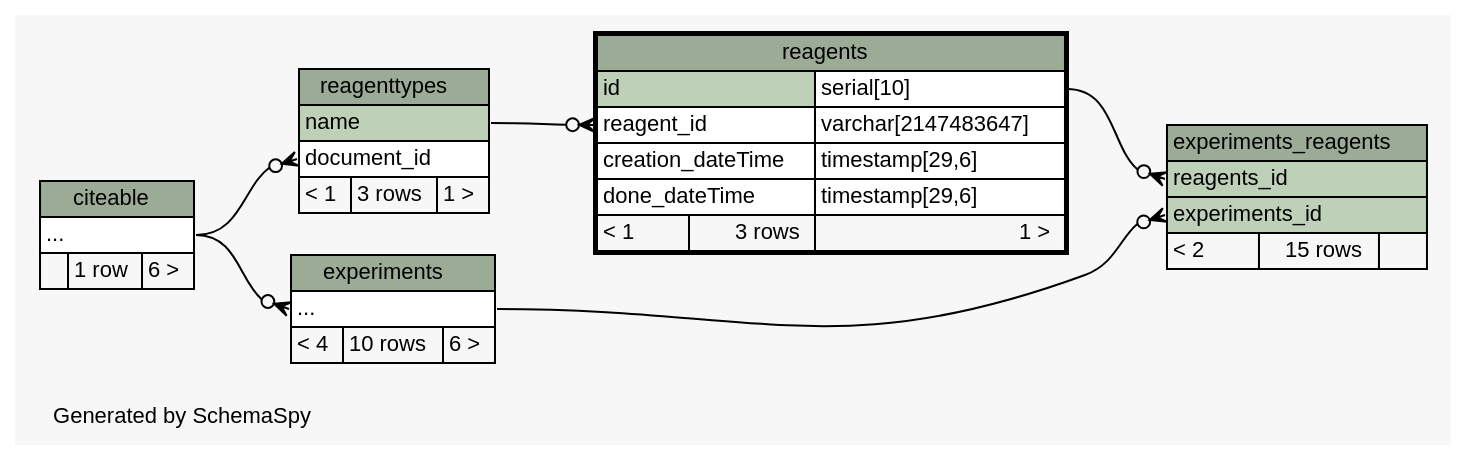
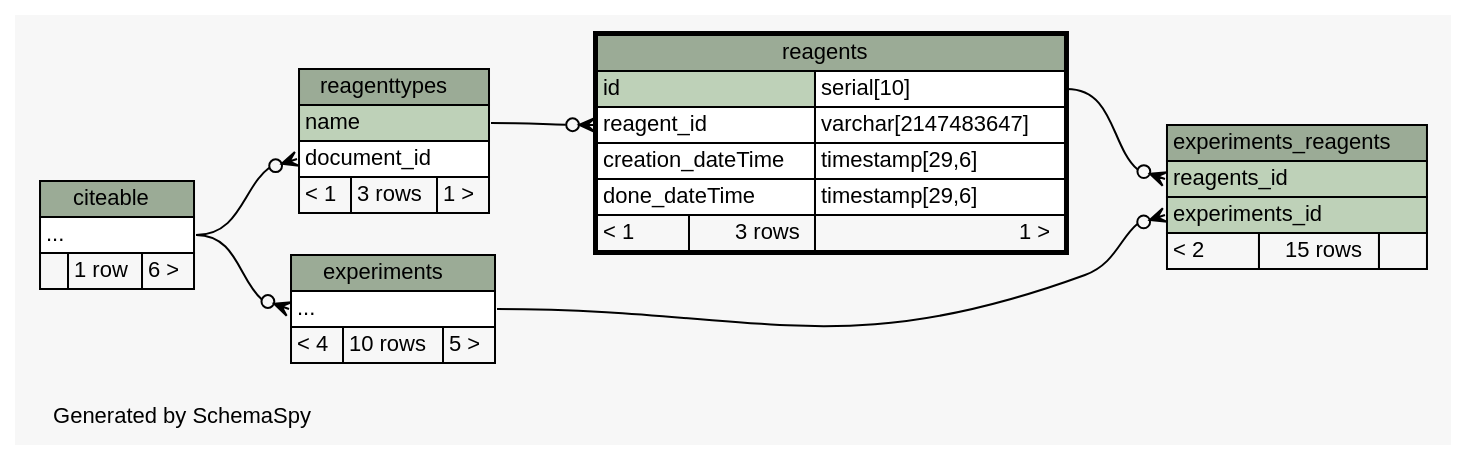
The diagram in database/ss/diagrams/reagents.2degrees.dot (tgbugs/mlab), drawn with Graphviz before and after one commit. The commit also changed 292 other files, not shown here.

```diff
--- a/database/ss/diagrams/reagents.2degrees.dot
+++ b/database/ss/diagrams/reagents.2degrees.dot
@@ -1,82 +1,82 @@
-// dot 2.32.0 on Windows 7 6.1
+// dot 2.34.0 on Windows 7 6.1
 // SchemaSpy rev 590
 digraph "twoDegreesRelationshipsDiagram" {
   graph [
     rankdir="RL"
     bgcolor="#f7f7f7"
     label="\nGenerated by SchemaSpy"
     labeljust="l"
     nodesep="0.18"
     ranksep="0.46"
     fontname="Helvetica"
     fontsize="11"
   ];
   node [
     fontname="Helvetica"
     fontsize="11"
     shape="plaintext"
   ];
   edge [
     arrowsize="0.8"
   ];
   "experiments":"elipses":w -> "citeable":"elipses":e [arrowhead=none dir=back arrowtail=crowodot];
   "experiments_reagents":"experiments_id":w -> "experiments":"elipses":e [arrowhead=none dir=back arrowtail=crowodot];
   "experiments_reagents":"reagents_id":w -> "reagents":"id.type":e [arrowhead=none dir=back arrowtail=crowodot];
   "reagents":"reagent_id":w -> "reagenttypes":"name":e [arrowhead=none dir=back arrowtail=crowodot];
   "reagenttypes":"document_id":w -> "citeable":"elipses":e [arrowhead=none dir=back arrowtail=crowodot];
   "citeable" [
     label=<
     <TABLE BORDER="0" CELLBORDER="1" CELLSPACING="0" BGCOLOR="#ffffff">
       <TR><TD COLSPAN="3" BGCOLOR="#9bab96" ALIGN="CENTER">citeable</TD></TR>
       <TR><TD PORT="elipses" COLSPAN="3" ALIGN="LEFT">...</TD></TR>
       <TR><TD ALIGN="LEFT" BGCOLOR="#f7f7f7">  </TD><TD ALIGN="RIGHT" BGCOLOR="#f7f7f7">1 row</TD><TD ALIGN="RIGHT" BGCOLOR="#f7f7f7">6 &gt;</TD></TR>
     </TABLE>>
     URL="citeable.html"
     tooltip="citeable"
   ];
   "experiments" [
     label=<
     <TABLE BORDER="0" CELLBORDER="1" CELLSPACING="0" BGCOLOR="#ffffff">
       <TR><TD COLSPAN="3" BGCOLOR="#9bab96" ALIGN="CENTER">experiments</TD></TR>
       <TR><TD PORT="elipses" COLSPAN="3" ALIGN="LEFT">...</TD></TR>
-      <TR><TD ALIGN="LEFT" BGCOLOR="#f7f7f7">&lt; 4</TD><TD ALIGN="RIGHT" BGCOLOR="#f7f7f7">10 rows</TD><TD ALIGN="RIGHT" BGCOLOR="#f7f7f7">6 &gt;</TD></TR>
+      <TR><TD ALIGN="LEFT" BGCOLOR="#f7f7f7">&lt; 4</TD><TD ALIGN="RIGHT" BGCOLOR="#f7f7f7">10 rows</TD><TD ALIGN="RIGHT" BGCOLOR="#f7f7f7">5 &gt;</TD></TR>
     </TABLE>>
     URL="experiments.html"
     tooltip="experiments"
   ];
   "experiments_reagents" [
     label=<
     <TABLE BORDER="0" CELLBORDER="1" CELLSPACING="0" BGCOLOR="#ffffff">
       <TR><TD COLSPAN="3" BGCOLOR="#9bab96" ALIGN="CENTER">experiments_reagents</TD></TR>
       <TR><TD PORT="reagents_id" COLSPAN="3" BGCOLOR="#bed1b8" ALIGN="LEFT">reagents_id</TD></TR>
       <TR><TD PORT="experiments_id" COLSPAN="3" BGCOLOR="#bed1b8" ALIGN="LEFT">experiments_id</TD></TR>
       <TR><TD ALIGN="LEFT" BGCOLOR="#f7f7f7">&lt; 2</TD><TD ALIGN="RIGHT" BGCOLOR="#f7f7f7">15 rows</TD><TD ALIGN="RIGHT" BGCOLOR="#f7f7f7">  </TD></TR>
     </TABLE>>
     URL="experiments_reagents.html"
     tooltip="experiments_reagents"
   ];
   "reagents" [
     label=<
     <TABLE BORDER="2" CELLBORDER="1" CELLSPACING="0" BGCOLOR="#ffffff">
       <TR><TD COLSPAN="3" BGCOLOR="#9bab96" ALIGN="CENTER">reagents</TD></TR>
       <TR><TD PORT="id" COLSPAN="2" BGCOLOR="#bed1b8" ALIGN="LEFT">id</TD><TD PORT="id.type" ALIGN="LEFT">serial[10]</TD></TR>
       <TR><TD PORT="reagent_id" COLSPAN="2" ALIGN="LEFT">reagent_id</TD><TD PORT="reagent_id.type" ALIGN="LEFT">varchar[2147483647]</TD></TR>
       <TR><TD PORT="creation_dateTime" COLSPAN="2" ALIGN="LEFT">creation_dateTime</TD><TD PORT="creation_dateTime.type" ALIGN="LEFT">timestamp[29,6]</TD></TR>
       <TR><TD PORT="done_dateTime" COLSPAN="2" ALIGN="LEFT">done_dateTime</TD><TD PORT="done_dateTime.type" ALIGN="LEFT">timestamp[29,6]</TD></TR>
       <TR><TD ALIGN="LEFT" BGCOLOR="#f7f7f7">&lt; 1</TD><TD ALIGN="RIGHT" BGCOLOR="#f7f7f7">3 rows</TD><TD ALIGN="RIGHT" BGCOLOR="#f7f7f7">1 &gt;</TD></TR>
     </TABLE>>
     URL="reagents.html"
     tooltip="reagents"
   ];
   "reagenttypes" [
     label=<
     <TABLE BORDER="0" CELLBORDER="1" CELLSPACING="0" BGCOLOR="#ffffff">
       <TR><TD COLSPAN="3" BGCOLOR="#9bab96" ALIGN="CENTER">reagenttypes</TD></TR>
       <TR><TD PORT="name" COLSPAN="3" BGCOLOR="#bed1b8" ALIGN="LEFT">name</TD></TR>
       <TR><TD PORT="document_id" COLSPAN="3" ALIGN="LEFT">document_id</TD></TR>
       <TR><TD ALIGN="LEFT" BGCOLOR="#f7f7f7">&lt; 1</TD><TD ALIGN="RIGHT" BGCOLOR="#f7f7f7">3 rows</TD><TD ALIGN="RIGHT" BGCOLOR="#f7f7f7">1 &gt;</TD></TR>
     </TABLE>>
     URL="reagenttypes.html"
     tooltip="reagenttypes"
   ];
 }
```
